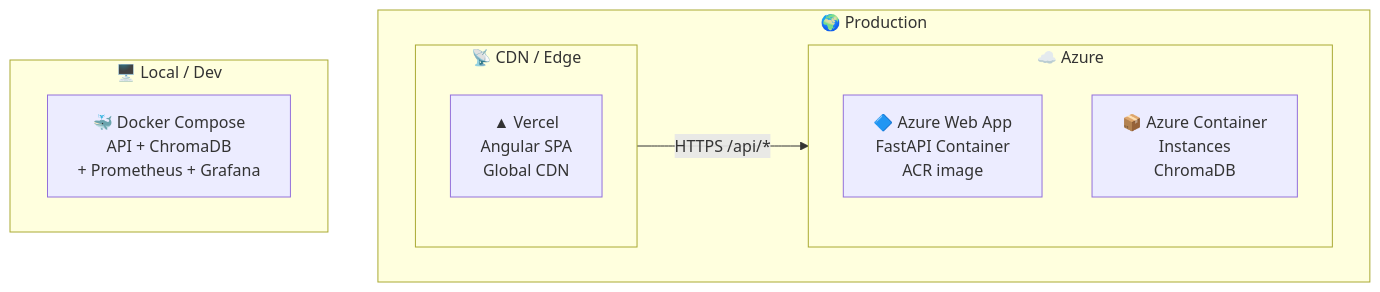
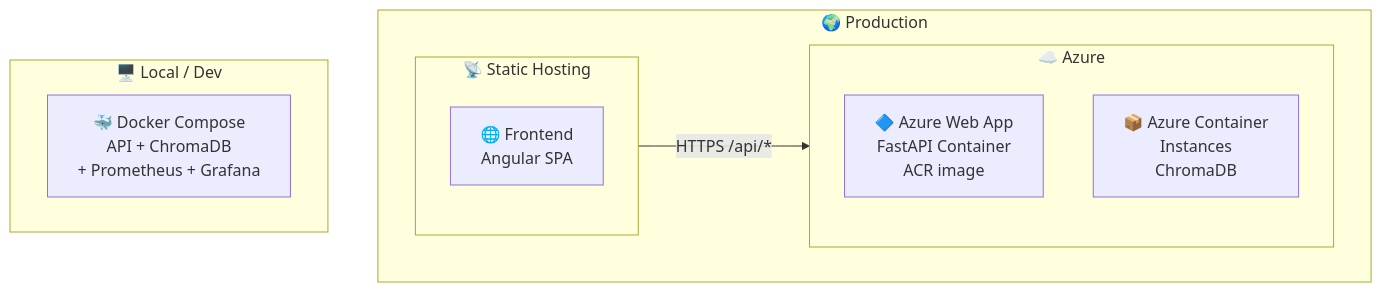
Before and after one commit to Sreethesh007/HackathonAiAgent: the tenth of 12 diagrams in README.md, drawn with Mermaid. The commit also changed other lines of this file and 2 other files, not shown here.

````diff
--- a/README.md
+++ b/README.md
@@ -844,18 +846,18 @@
 ```mermaid
 graph TB
     subgraph PROD["🌍 Production"]
         direction LR
-        subgraph CDN["📡 CDN / Edge"]
-            VERCEL["▲ Vercel\nAngular SPA\nGlobal CDN"]
+        subgraph STATIC["📡 Static Hosting"]
+            FE_HOST["🌐 Frontend\nAngular SPA"]
         end
         subgraph AZURE["☁️ Azure"]
             WEBAPP["🔷 Azure Web App\nFastAPI Container\nACR image"]
             ACI["📦 Azure Container\nInstances\nChromaDB"]
         end
-        CDN -- "HTTPS /api/*" --> AZURE
+        STATIC -- "HTTPS /api/*" --> AZURE
     end
 
     subgraph LOCAL["🖥️ Local / Dev"]
         DC["🐳 Docker Compose\nAPI + ChromaDB\n+ Prometheus + Grafana"]
     end
 ```
````
